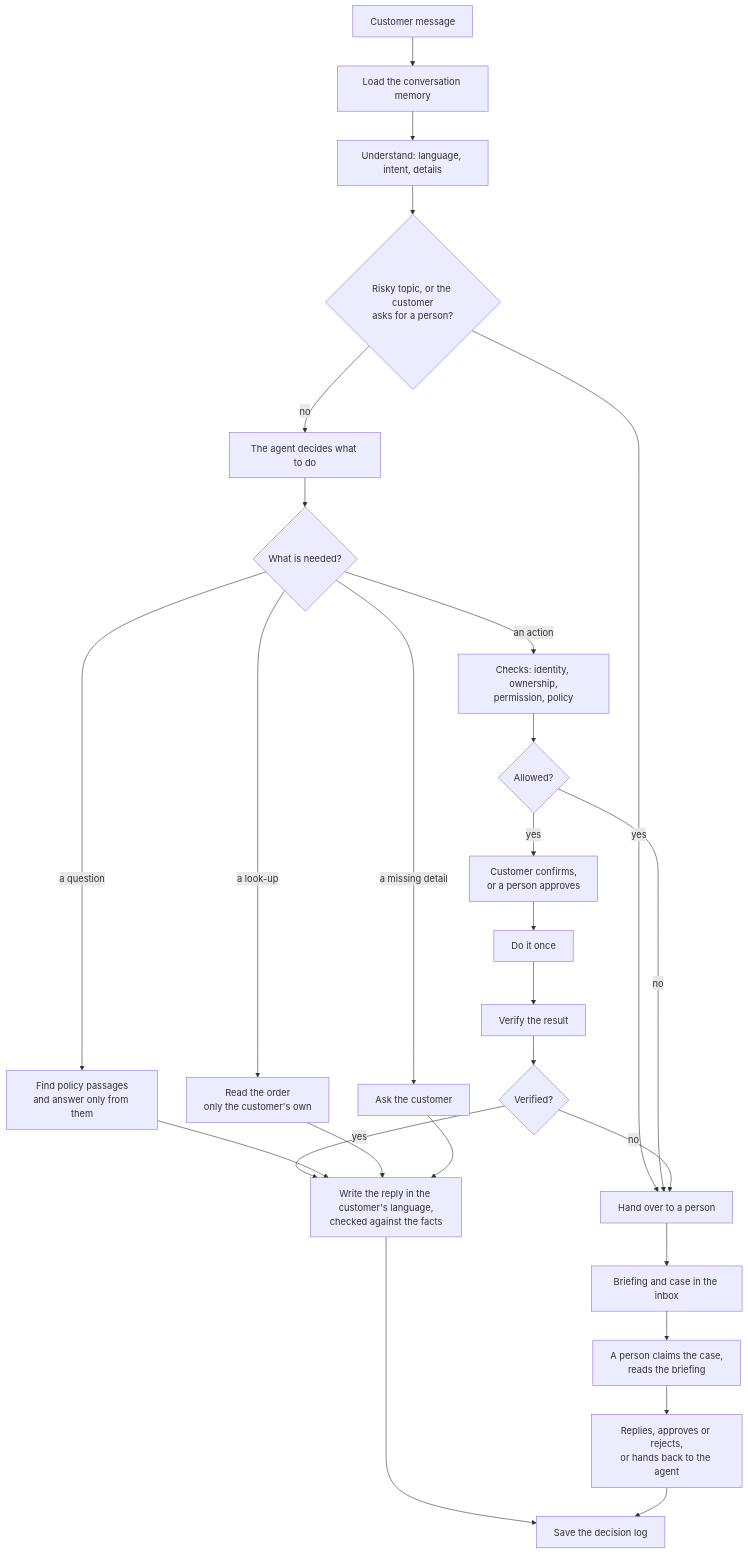
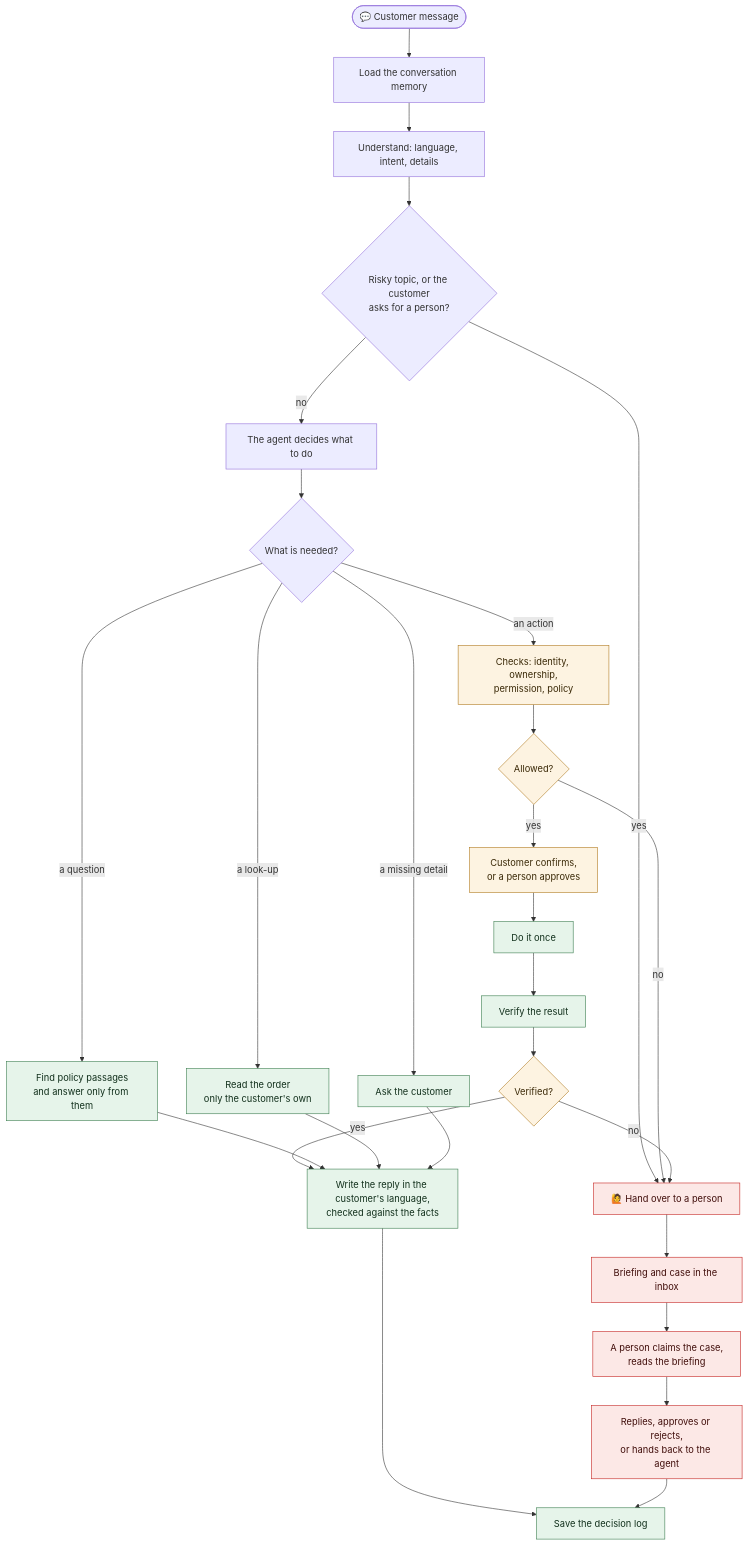
Before and after one commit to georgeemiL787/Ticket-Easy: the second of 6 diagrams in README.md, drawn with Mermaid. The commit also changed other lines of this file, not shown here.

Commit message:
README: fix Python version and telecom scope, add onboarding and tests, add visuals and diagrams

````diff
--- a/README.md
+++ b/README.md
@@ -62,29 +88,36 @@
 ```mermaid
 flowchart TD
-  A["Customer message"] --> B["Load the conversation memory"]
+  A(["💬 Customer message"]) --> B["Load the conversation memory"]
   B --> C["Understand: language, intent, details"]
   C --> D{"Risky topic, or the customer<br/>asks for a person?"}
-  D -- yes --> H["Hand over to a person"]
+  D -- yes --> H
   D -- no --> E["The agent decides what to do"]
   E --> F{"What is needed?"}
   F -- "a question" --> G["Find policy passages<br/>and answer only from them"]
   F -- "a look-up" --> I["Read the order<br/>only the customer's own"]
   F -- "a missing detail" --> Q["Ask the customer"]
   F -- "an action" --> J["Checks: identity, ownership,<br/>permission, policy"]
   J --> K{"Allowed?"}
   K -- no --> H
   K -- yes --> L["Customer confirms,<br/>or a person approves"]
   L --> M["Do it once"]
   M --> N["Verify the result"]
   N --> O{"Verified?"}
   O -- no --> H
   O -- yes --> R
-  G --> R["Write the reply in the customer's language,<br/>checked against the facts"]
+  G --> R
   I --> R
   Q --> R
-  R --> S["Save the decision log"]
-  H --> T["Briefing and case in the inbox"]
+  R["Write the reply in the customer's language,<br/>checked against the facts"] --> S["Save the decision log"]
+  H["🙋 Hand over to a person"] --> T["Briefing and case in the inbox"]
   T --> U["A person claims the case,<br/>reads the briefing"]
   U --> V["Replies, approves or rejects,<br/>or hands back to the agent"]
   V --> S
+
+  classDef ok fill:#e6f4ea,stroke:#3b7d4f,color:#12301c
+  classDef stop fill:#fce8e6,stroke:#c5221f,color:#410e0b
+  classDef gate fill:#fdf3e1,stroke:#b07a1f,color:#3b2a08
+  class G,I,Q,M,N,R,S ok
+  class H,T,U,V stop
+  class J,K,L,O gate
 ```
````
